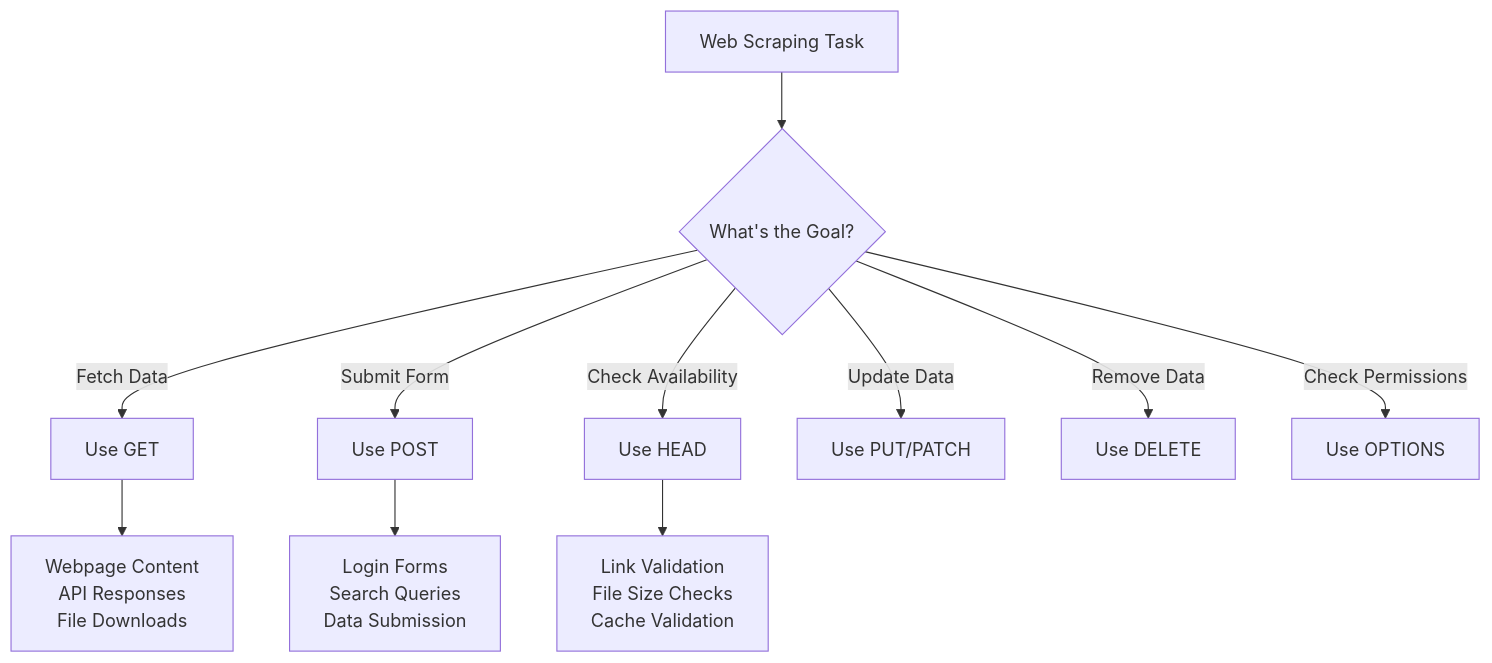
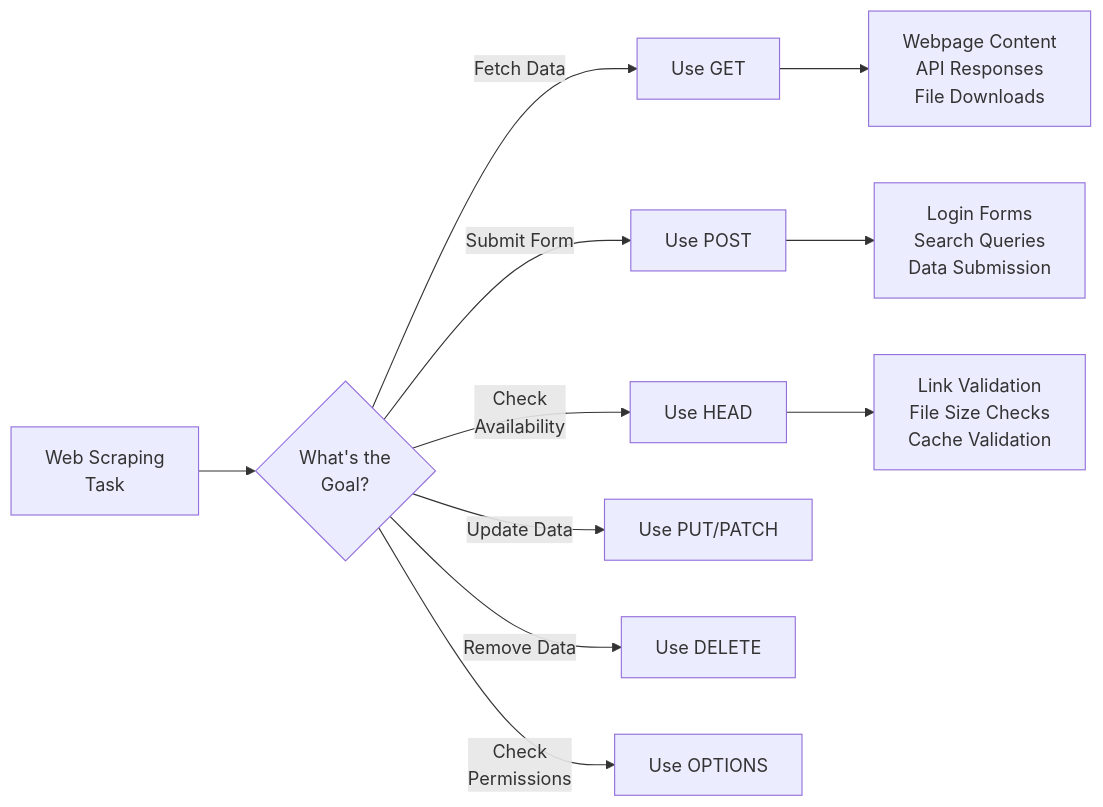
The third of 3 diagrams in _posts/2025-04-30-http-methods-explained-language-websites-speak.md (bytetunnels/bytetunnels.github.com), drawn with Mermaid before and after one commit. The commit also changed 118 other files, not shown here.

Commit message:
feat: improve diagram styling and compact wide flowcharts

````diff
--- a/_posts/2025-04-30-http-methods-explained-language-websites-speak.md
+++ b/_posts/2025-04-30-http-methods-explained-language-websites-speak.md
@@ -183,16 +183,16 @@
 ```mermaid
-flowchart TD
-    A[Web Scraping Task]
-    A --> B{"What's the Goal?"}
+flowchart LR
+    A["Web Scraping<br/>Task"]
+    A --> B{"What's the<br/>Goal?"}
 
     B -->|Fetch Data| C[Use GET]
     B -->|Submit Form| D[Use POST]
-    B -->|Check Availability| E[Use HEAD]
+    B -->|"Check<br/>Availability"| E[Use HEAD]
     B -->|Update Data| F[Use PUT/PATCH]
     B -->|Remove Data| G[Use DELETE]
-    B -->|Check Permissions| H[Use OPTIONS]
+    B -->|"Check<br/>Permissions"| H[Use OPTIONS]
 
     C --> I[Webpage Content<br/>API Responses<br/>File Downloads]
     D --> J[Login Forms<br/>Search Queries<br/>Data Submission]
     E --> K[Link Validation<br/>File Size Checks<br/>Cache Validation]
 ```
````
